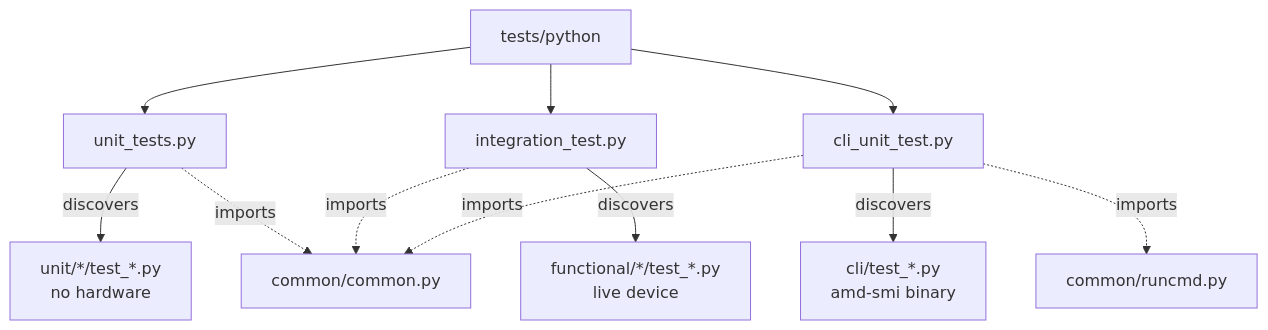
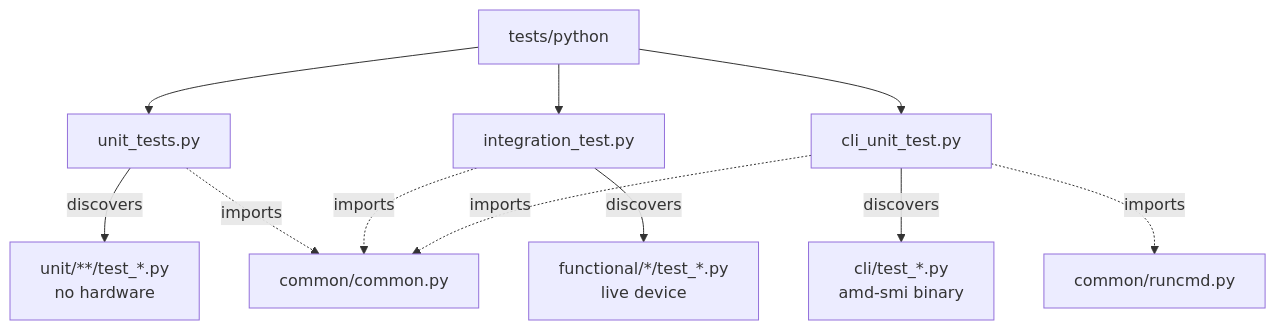
One commit to ROCm/rocm-systems changed the first of 4 diagrams in projects/amdsmi/tests/python/README.md. Above: the diagram before and after it, drawn with Mermaid. The commit also changed other lines of this file and 14 other files, not shown here.

````diff
--- a/projects/amdsmi/tests/python/README.md
+++ b/projects/amdsmi/tests/python/README.md
@@ -46,13 +49,13 @@
 ```mermaid
 graph TD
     A[tests/python] --> U[unit_tests.py]
     A --> I[integration_test.py]
     A --> C[cli_unit_test.py]
-    U -->|discovers| UU[unit/*/test_*.py<br/>no hardware]
+    U -->|discovers| UU[unit/**/test_*.py<br/>no hardware]
     I -->|discovers| FF[functional/*/test_*.py<br/>live device]
     C -->|discovers| CC[cli/test_*.py<br/>amd-smi binary]
     U -.imports.-> CM[common/common.py]
     I -.imports.-> CM
     C -.imports.-> CM
     C -.imports.-> RC[common/runcmd.py]
 ```
````
